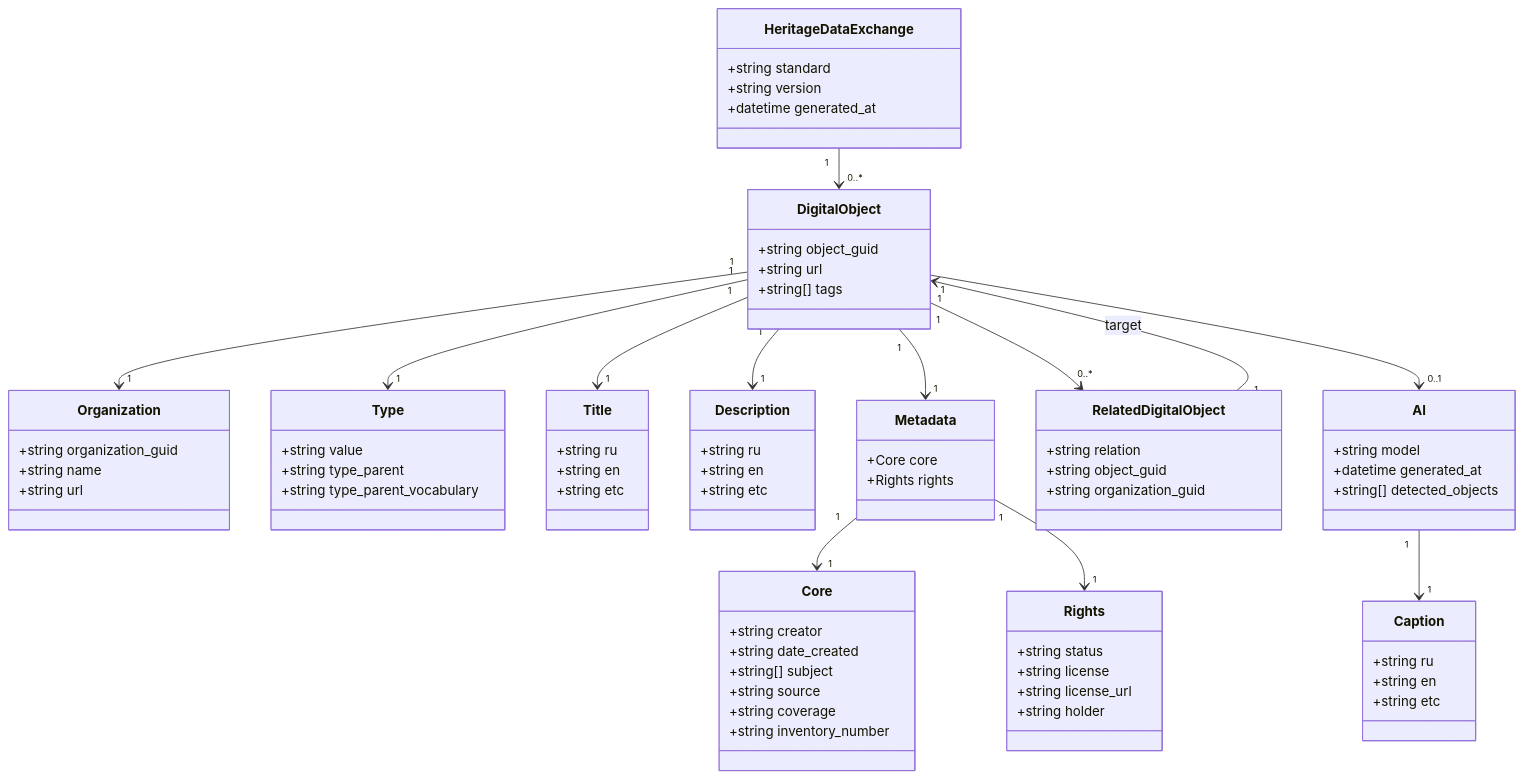
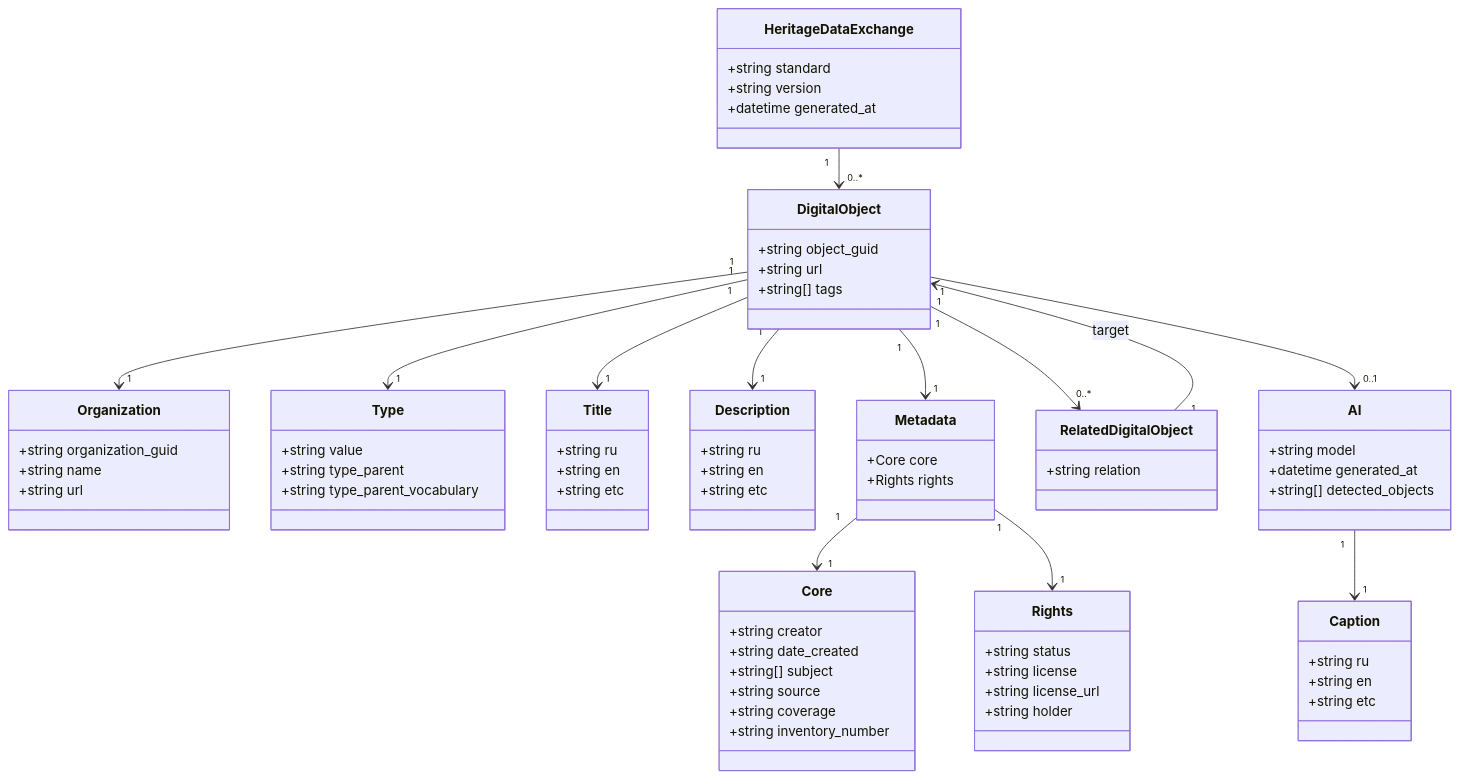
Before and after one commit to herzen-vis-lab/heritage-data-exchange: the diagram in docs/ru-federated-cultural-ai-exchange.uml.md, drawn with Mermaid.

```diff
--- a/docs/ru-federated-cultural-ai-exchange.uml.md
+++ b/docs/ru-federated-cultural-ai-exchange.uml.md
@@ -61,8 +61,6 @@
 
 class RelatedDigitalObject {
     +string relation
-    +string object_guid
-    +string organization_guid
 }
 
 class AI {
```
